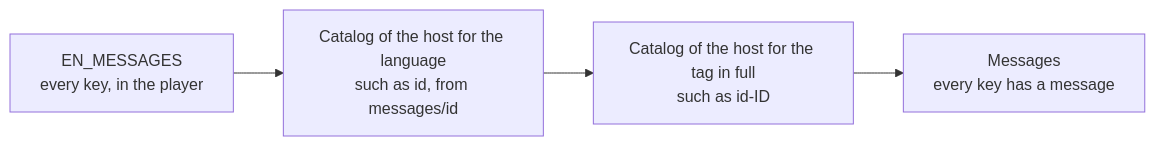
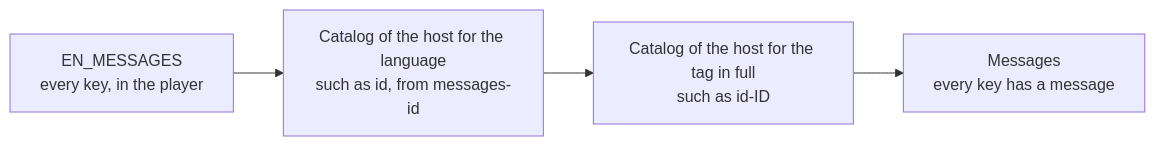
Before and after one commit to assesskit/assesskit: the diagram in docs/player/messages.md, drawn with Mermaid. The commit also changed other lines of this file and 16 other files, not shown here.

First line of the commit message:
Name the Indonesian catalog's subpath messages-id, and fail check:site on two addresses that differ only by case

````diff
--- a/docs/player/messages.md
+++ b/docs/player/messages.md
@@ -9,6 +9,6 @@
 ```mermaid
 flowchart LR
-  en["EN_MESSAGES<br/>every key, in the player"] --> language["Catalog of the host for the language<br/>such as id, from messages/id"]
+  en["EN_MESSAGES<br/>every key, in the player"] --> language["Catalog of the host for the language<br/>such as id, from messages-id"]
   language --> tag["Catalog of the host for the tag in full<br/>such as id-ID"]
   tag --> result["Messages<br/>every key has a message"]
 ```
````
